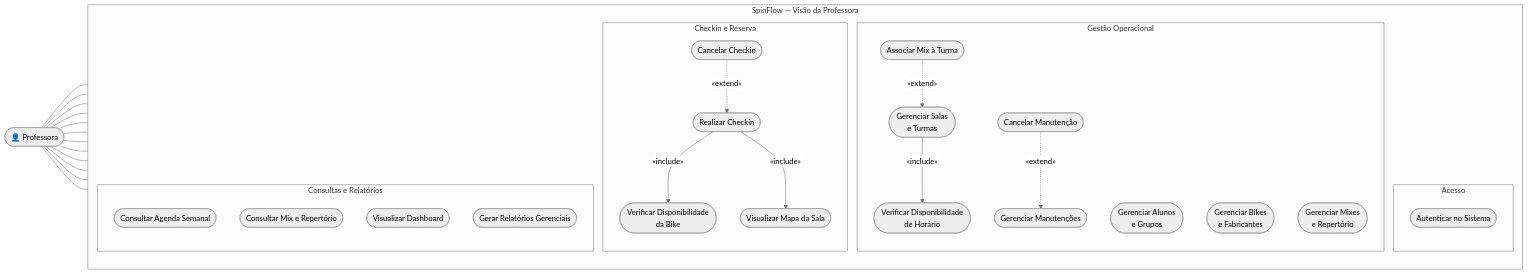
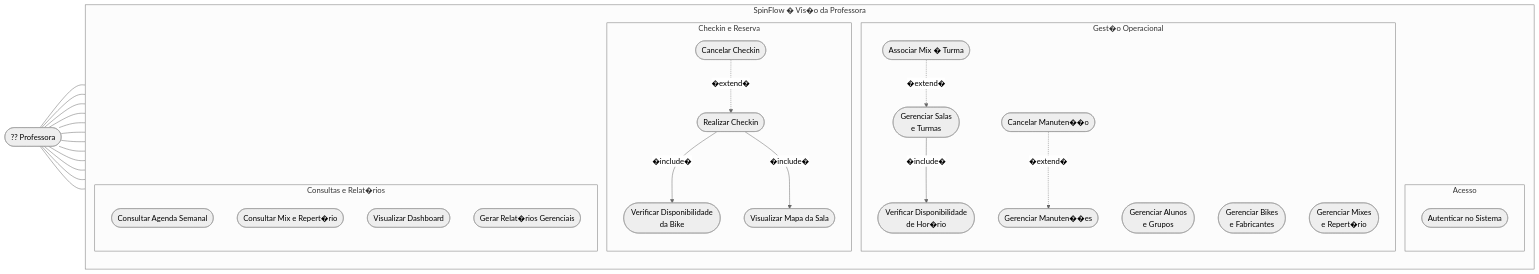
Before and after one commit to heliokamakawa/spin_flow_pt_br: the second of 2 diagrams in docs/diagramas/dcug.md, drawn with Mermaid (neutral theme). The commit also changed other lines of this file and 364 other files, not shown here.

````diff
--- a/docs/diagramas/dcug.md
+++ b/docs/diagramas/dcug.md
@@ -50,61 +50,61 @@
 ```mermaid
 flowchart LR
-    Professora(["👤 Professora"])
+    Professora(["?? Professora"])
 
-    subgraph SpinFlow["SpinFlow — Visão da Professora"]
+    subgraph SpinFlow["SpinFlow � Vis�o da Professora"]
         direction TB
 
         subgraph SG1["Acesso"]
             UC01(["Autenticar no Sistema"])
         end
 
         subgraph SG2["Checkin e Reserva"]
             UC02(["Realizar Checkin"])
             UC03(["Verificar Disponibilidade\nda Bike"])
             UC04(["Visualizar Mapa da Sala"])
             UC05(["Cancelar Checkin"])
         end
 
-        subgraph SG3["Gestão Operacional"]
+        subgraph SG3["Gest�o Operacional"]
             UC06(["Gerenciar Alunos\ne Grupos"])
             UC07(["Gerenciar Bikes\ne Fabricantes"])
-            UC08(["Gerenciar Manutenções"])
-            UC09(["Cancelar Manutenção"])
+            UC08(["Gerenciar Manuten��es"])
+            UC09(["Cancelar Manuten��o"])
             UC10(["Gerenciar Salas\ne Turmas"])
-            UC11(["Verificar Disponibilidade\nde Horário"])
-            UC12(["Associar Mix à Turma"])
-            UC13(["Gerenciar Mixes\ne Repertório"])
+            UC11(["Verificar Disponibilidade\nde Hor�rio"])
+            UC12(["Associar Mix � Turma"])
+            UC13(["Gerenciar Mixes\ne Repert�rio"])
         end
 
-        subgraph SG4["Consultas e Relatórios"]
+        subgraph SG4["Consultas e Relat�rios"]
             UC14(["Consultar Agenda Semanal"])
-            UC15(["Consultar Mix e Repertório"])
+            UC15(["Consultar Mix e Repert�rio"])
             UC17(["Visualizar Dashboard"])
-            UC18(["Gerar Relatórios Gerenciais"])
+            UC18(["Gerar Relat�rios Gerenciais"])
         end
     end
 
-    %% ── Associações ─────────────────────────────────────────────
+    %% -- Associa��es ---------------------------------------------
     Professora --- UC01
     Professora --- UC02
     Professora --- UC05
     Professora --- UC06
     Professora --- UC07
     Professora --- UC08
     Professora --- UC10
     Professora --- UC13
     Professora --- UC14
     Professora --- UC15
     Professora --- UC17
     Professora --- UC18
 
-    %% ── «include» ───────────────────────────────────────────────
-    UC02 -->|"«include»"| UC03
-    UC02 -->|"«include»"| UC04
-    UC10 -->|"«include»"| UC11
+    %% -- �include� -----------------------------------------------
+    UC02 -->|"�include�"| UC03
+    UC02 -->|"�include�"| UC04
+    UC10 -->|"�include�"| UC11
 
-    %% ── «extend» ────────────────────────────────────────────────
-    UC05 -.->|"«extend»"| UC02
-    UC09 -.->|"«extend»"| UC08
-    UC12 -.->|"«extend»"| UC10
+    %% -- �extend� ------------------------------------------------
+    UC05 -.->|"�extend�"| UC02
+    UC09 -.->|"�extend�"| UC08
+    UC12 -.->|"�extend�"| UC10
 ```
````
